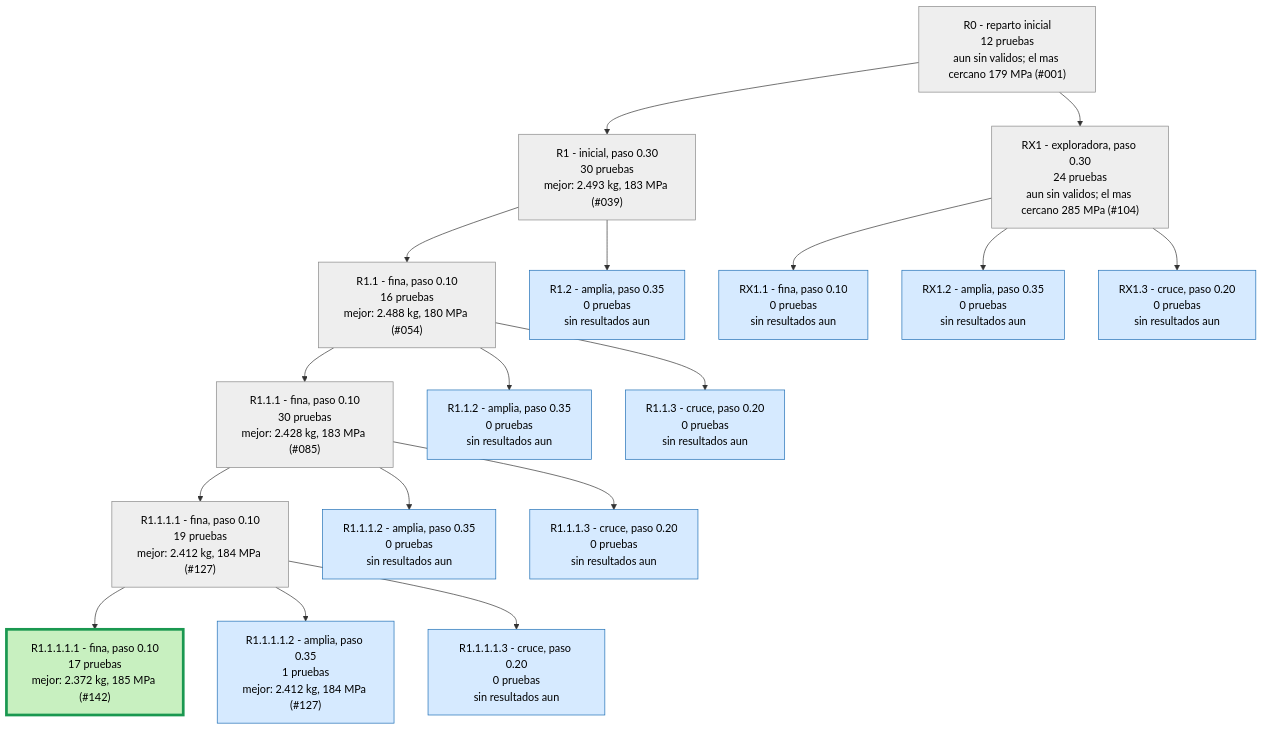
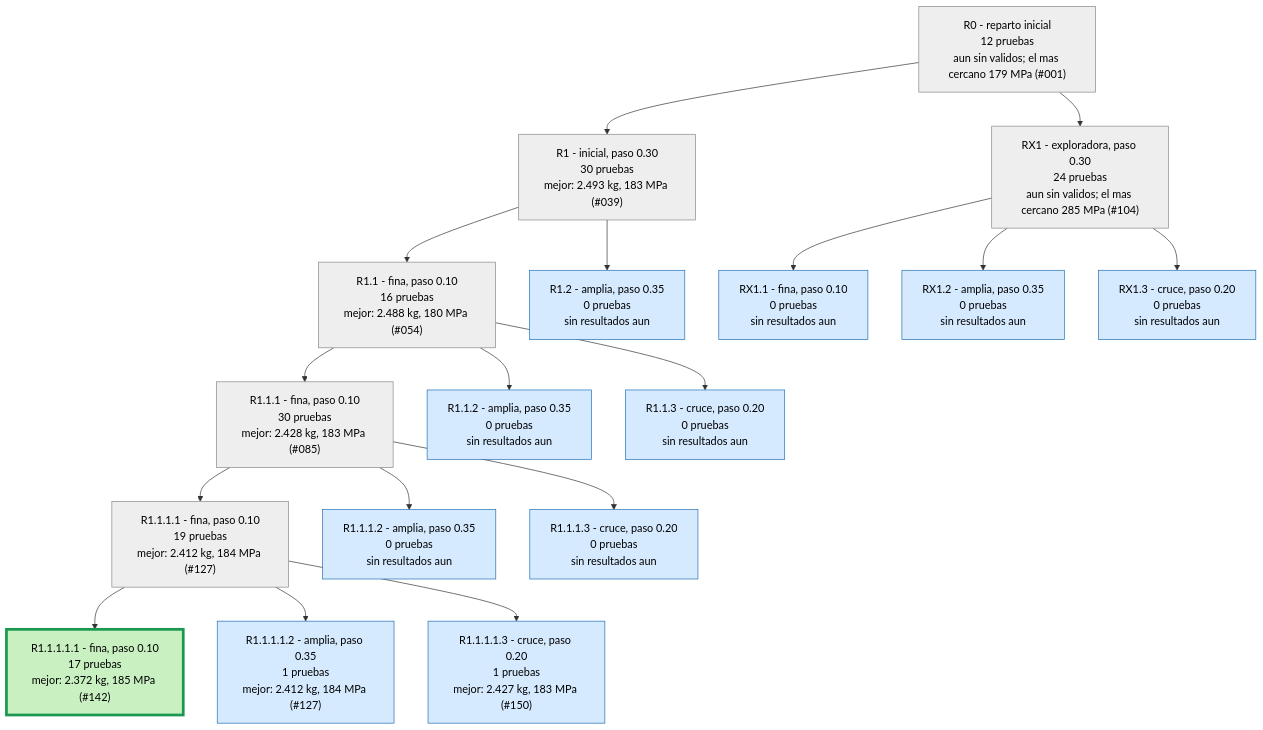
One commit to Hugiko/msd-soporte-optimizacion changed the first of 3 diagrams in runs/opt_37800N/ARBOL.md. Above: the diagram before and after it, drawn with Mermaid. The commit also changed 22 other files, not shown here.

````diff
--- a/runs/opt_37800N/ARBOL.md
+++ b/runs/opt_37800N/ARBOL.md
@@ -9,39 +9,39 @@
 ```mermaid
 graph TD
 classDef activa fill:#d6eaff,stroke:#1f6fb5,color:#000
 classDef fin fill:#eeeeee,stroke:#888,color:#000
 classDef mejor fill:#c8f0c0,stroke:#1a9850,stroke-width:4px,color:#000
 R0["R0 - reparto inicial<br/>12 pruebas<br/>aun sin validos; el mas cercano 179 MPa (#001)"]:::fin
 R1["R1 - inicial, paso 0.30<br/>30 pruebas<br/>mejor: 2.493 kg, 183 MPa (#039)"]:::fin
 R0 --> R1
 R1_1["R1.1 - fina, paso 0.10<br/>16 pruebas<br/>mejor: 2.488 kg, 180 MPa (#054)"]:::fin
 R1 --> R1_1
 R1_2["R1.2 - amplia, paso 0.35<br/>0 pruebas<br/>sin resultados aun"]:::activa
 R1 --> R1_2
 R1_1_1["R1.1.1 - fina, paso 0.10<br/>30 pruebas<br/>mejor: 2.428 kg, 183 MPa (#085)"]:::fin
 R1_1 --> R1_1_1
 R1_1_2["R1.1.2 - amplia, paso 0.35<br/>0 pruebas<br/>sin resultados aun"]:::activa
 R1_1 --> R1_1_2
 R1_1_3["R1.1.3 - cruce, paso 0.20<br/>0 pruebas<br/>sin resultados aun"]:::activa
 R1_1 --> R1_1_3
 R1_1_1_1["R1.1.1.1 - fina, paso 0.10<br/>19 pruebas<br/>mejor: 2.412 kg, 184 MPa (#127)"]:::fin
 R1_1_1 --> R1_1_1_1
 R1_1_1_2["R1.1.1.2 - amplia, paso 0.35<br/>0 pruebas<br/>sin resultados aun"]:::activa
 R1_1_1 --> R1_1_1_2
 R1_1_1_3["R1.1.1.3 - cruce, paso 0.20<br/>0 pruebas<br/>sin resultados aun"]:::activa
 R1_1_1 --> R1_1_1_3
 RX1["RX1 - exploradora, paso 0.30<br/>24 pruebas<br/>aun sin validos; el mas cercano 285 MPa (#104)"]:::fin
 R0 --> RX1
 RX1_1["RX1.1 - fina, paso 0.10<br/>0 pruebas<br/>sin resultados aun"]:::activa
 RX1 --> RX1_1
 RX1_2["RX1.2 - amplia, paso 0.35<br/>0 pruebas<br/>sin resultados aun"]:::activa
 RX1 --> RX1_2
 RX1_3["RX1.3 - cruce, paso 0.20<br/>0 pruebas<br/>sin resultados aun"]:::activa
 RX1 --> RX1_3
 R1_1_1_1_1["R1.1.1.1.1 - fina, paso 0.10<br/>17 pruebas<br/>mejor: 2.372 kg, 185 MPa (#142)"]:::mejor
 R1_1_1_1 --> R1_1_1_1_1
 R1_1_1_1_2["R1.1.1.1.2 - amplia, paso 0.35<br/>1 pruebas<br/>mejor: 2.412 kg, 184 MPa (#127)"]:::activa
 R1_1_1_1 --> R1_1_1_1_2
-R1_1_1_1_3["R1.1.1.1.3 - cruce, paso 0.20<br/>0 pruebas<br/>sin resultados aun"]:::activa
+R1_1_1_1_3["R1.1.1.1.3 - cruce, paso 0.20<br/>1 pruebas<br/>mejor: 2.427 kg, 183 MPa (#150)"]:::activa
 R1_1_1_1 --> R1_1_1_1_3
 ```
````
